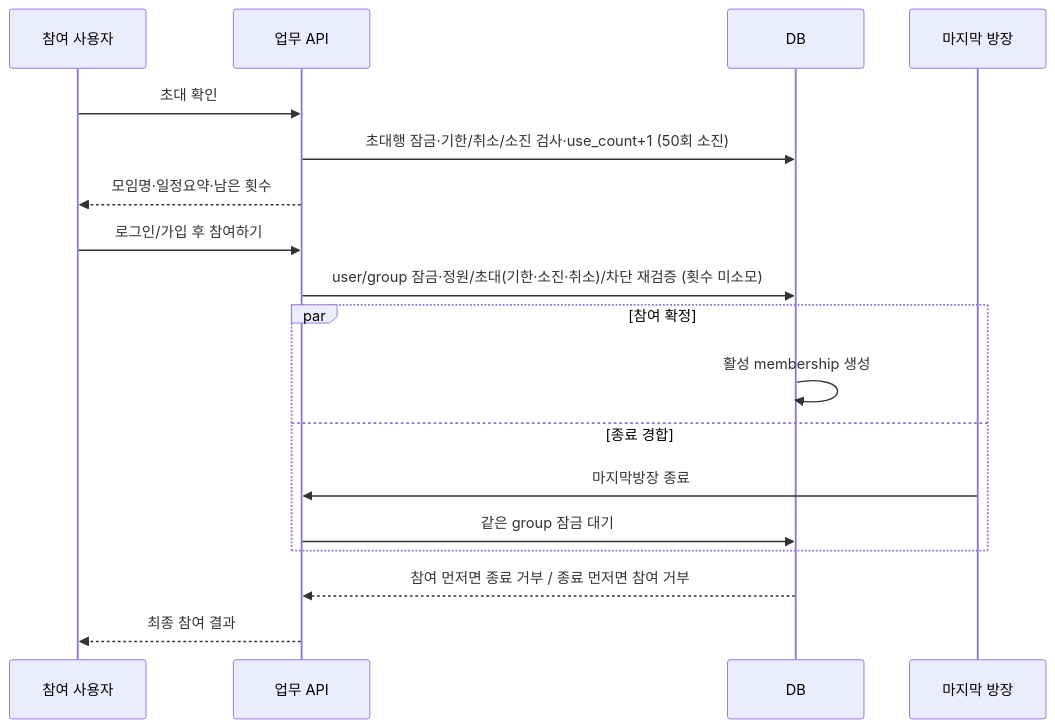
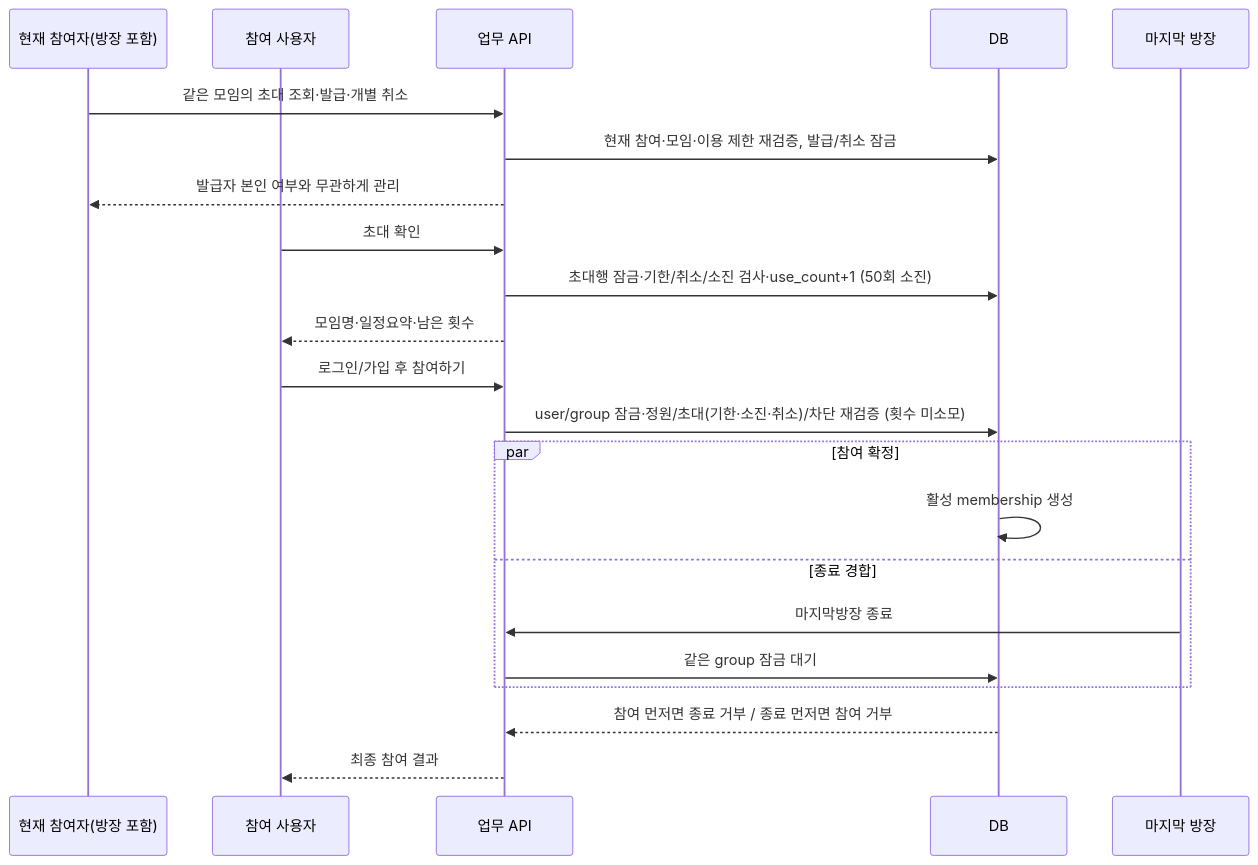
Before and after one commit to eunssong2/reelspot: the diagram in 1차 개발 설계서/부록/다이어그램/02_초대참여종료.mmd, drawn with Mermaid. The commit also changed 397 other files, not shown here.

```diff
--- a/1차 개발 설계서/부록/다이어그램/02_초대참여종료.mmd
+++ b/1차 개발 설계서/부록/다이어그램/02_초대참여종료.mmd
@@ -1,18 +1,22 @@
 sequenceDiagram
+ participant M as 현재 참여자(방장 포함)
  participant U as 참여 사용자
  participant A as 업무 API
  participant D as DB
  participant O as 마지막 방장
+ M->>A: 같은 모임의 초대 조회·발급·개별 취소
+ A->>D: 현재 참여·모임·이용 제한 재검증, 발급/취소 잠금
+ A-->>M: 발급자 본인 여부와 무관하게 관리
  U->>A: 초대 확인
  A->>D: 초대행 잠금·기한/취소/소진 검사·use_count+1 (50회 소진)
  A-->>U: 모임명·일정요약·남은 횟수
  U->>A: 로그인/가입 후 참여하기
  A->>D: user/group 잠금·정원/초대(기한·소진·취소)/차단 재검증 (횟수 미소모)
  par 참여 확정
  D->>D: 활성 membership 생성
  and 종료 경합
  O->>A: 마지막방장 종료
  A->>D: 같은 group 잠금 대기
  end
  D-->>A: 참여 먼저면 종료 거부 / 종료 먼저면 참여 거부
  A-->>U: 최종 참여 결과
```
